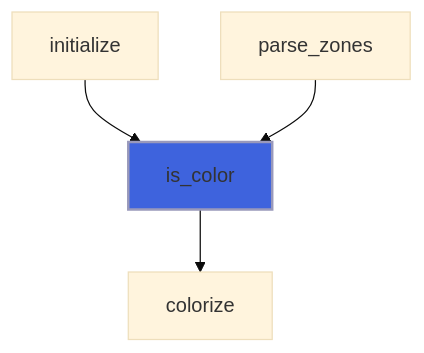
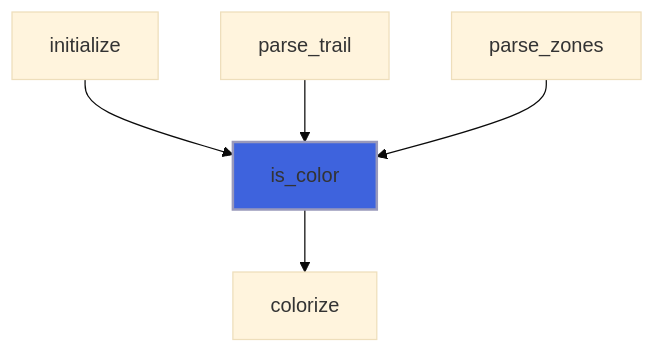
One commit to szaghi/forbear changed the sixth of 7 diagrams in docs/api/src/lib/forbear_element_object.md. Above: the diagram before and after it, drawn with Mermaid (base theme). The commit also changed 18 other files, not shown here.

````diff
--- a/docs/api/src/lib/forbear_element_object.md
+++ b/docs/api/src/lib/forbear_element_object.md
@@ -189,7 +189,8 @@
 ```mermaid
 flowchart TD
   initialize["initialize"] --> is_color["is_color"]
+  parse_trail["parse_trail"] --> is_color["is_color"]
   parse_zones["parse_zones"] --> is_color["is_color"]
   is_color["is_color"] --> colorize["colorize"]
   style is_color fill:#3e63dd,stroke:#99b,stroke-width:2px
 ```
````
